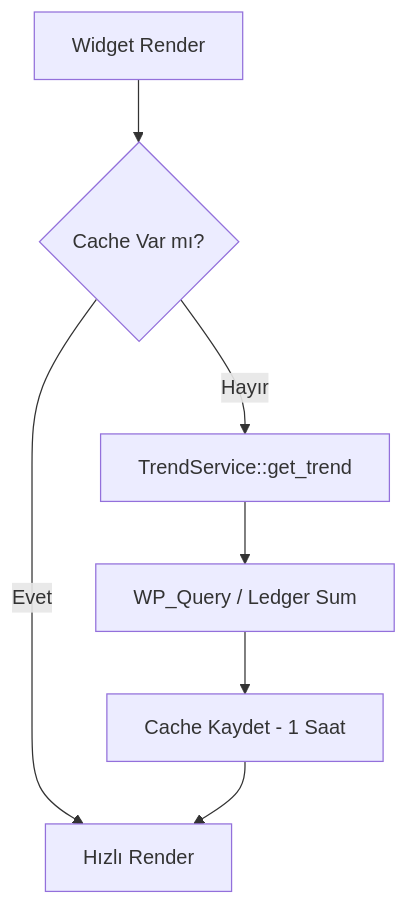
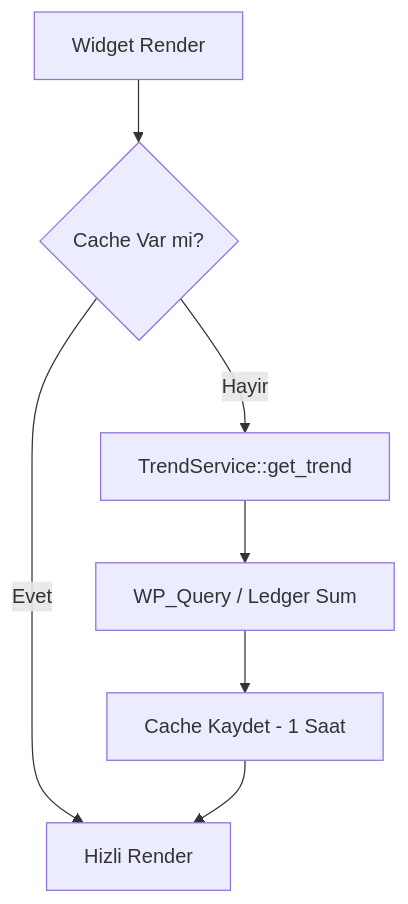
The diagram in docs/04-developer/ui-components/dashboard-widgets.md (MaxHandMade/mhm-rentiva-docs), drawn with Mermaid before and after one commit. The commit also changed other lines of this file and 22 other files, not shown here.

````diff
--- a/docs/04-developer/ui-components/dashboard-widgets.md
+++ b/docs/04-developer/ui-components/dashboard-widgets.md
@@ -48,9 +121,9 @@
 ```mermaid
 graph TD
-    A[Widget Render] --> B{Cache Var mı?}
-    B -- Evet --> C[Hızlı Render]
-    B -- Hayır --> D[TrendService::get_trend]
+    A[Widget Render] --> B{Cache Var mi?}
+    B -- Evet --> C[Hizli Render]
+    B -- Hayir --> D[TrendService::get_trend]
     D --> E[WP_Query / Ledger Sum]
     E --> F[Cache Kaydet - 1 Saat]
     F --> C
 ```
````
